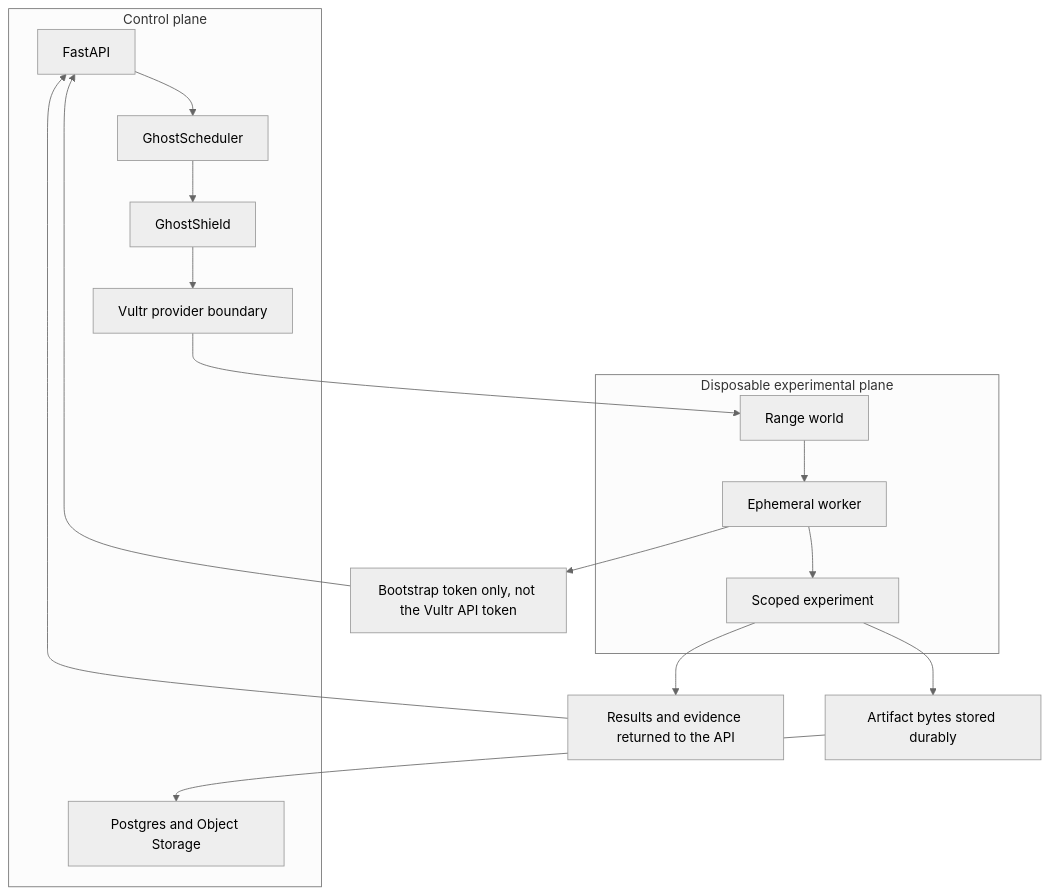
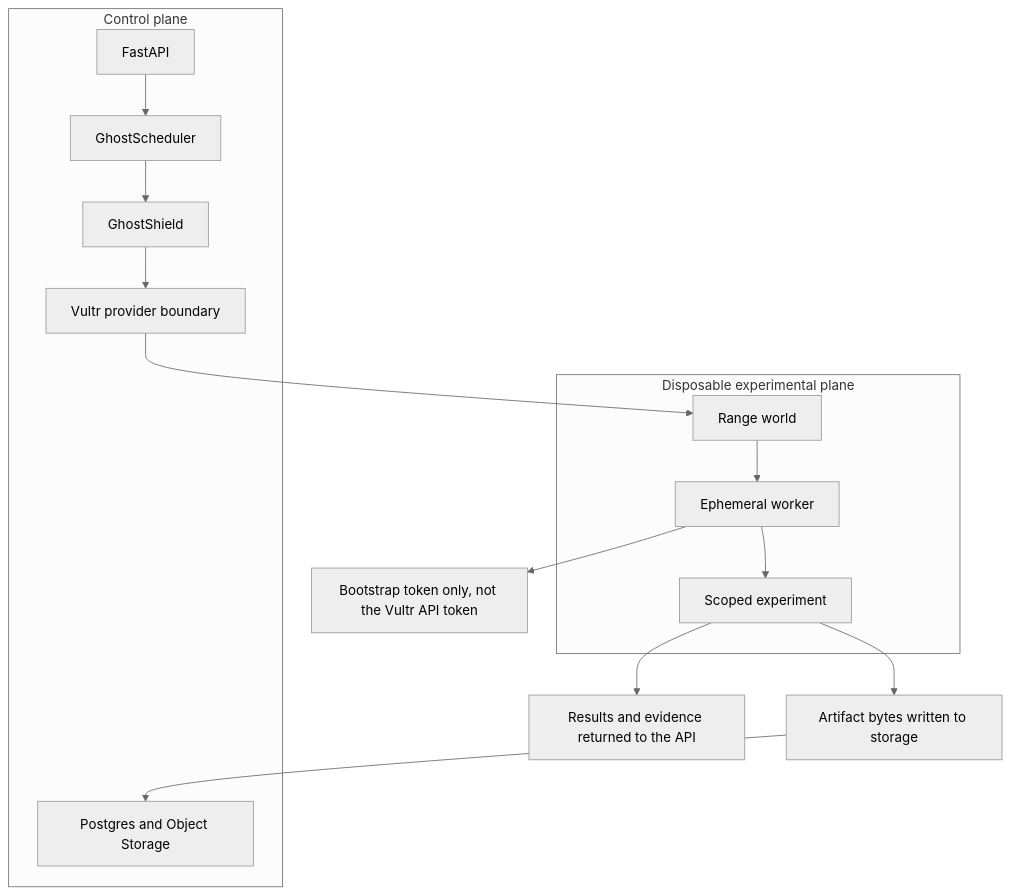
One commit to chetas1208/GhostRange changed the fifth of 8 diagrams in README.md. Above: the diagram before and after it, drawn with Mermaid (neutral theme).

Commit message:
Keep README diagrams inside GitHub Mermaid's layout limits.
Vertical flows and quoted labels replace the wide graphs whose return edges crashed rendering with "Could not find a suitable point for the given distance".

````diff
--- a/README.md
+++ b/README.md
@@ -172,22 +172,20 @@
 ```mermaid
 flowchart TD
     subgraph CP["Control plane"]
         API["FastAPI"] --> SCH["GhostScheduler"]
         SCH --> SH["GhostShield"]
         SH --> VAPI["Vultr provider boundary"]
         STORE["Postgres and Object Storage"]
     end
 
     subgraph DP["Disposable experimental plane"]
         WORLD["Range world"] --> WORKER["Ephemeral worker"]
         WORKER --> TASK["Scoped experiment"]
     end
 
     VAPI --> WORLD
     TASK --> RESULTS["Results and evidence returned to the API"]
-    TASK --> BYTES["Artifact bytes stored durably"]
+    TASK --> BYTES["Artifact bytes written to storage"]
     WORKER --> TOKEN["Bootstrap token only, not the Vultr API token"]
     BYTES --> STORE
-    RESULTS --> API
-    TOKEN --> API
 ```
````
